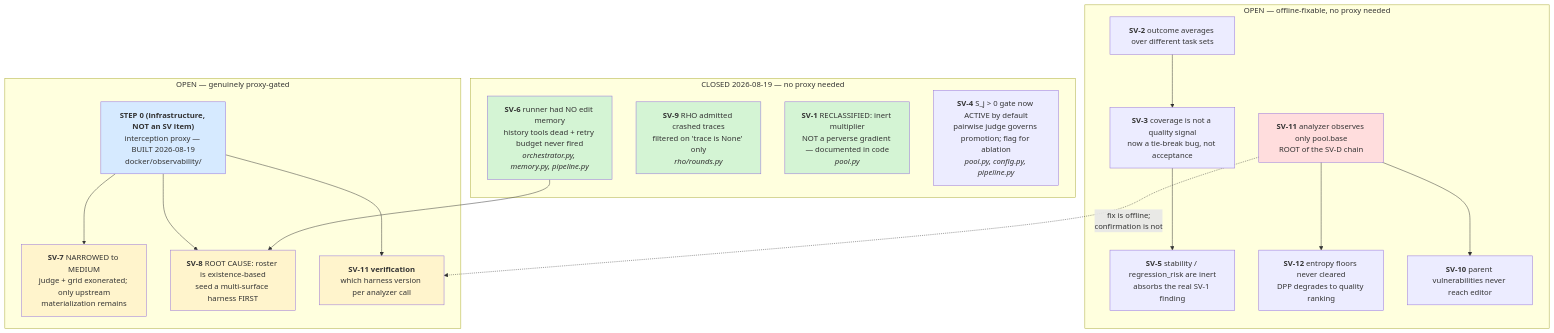
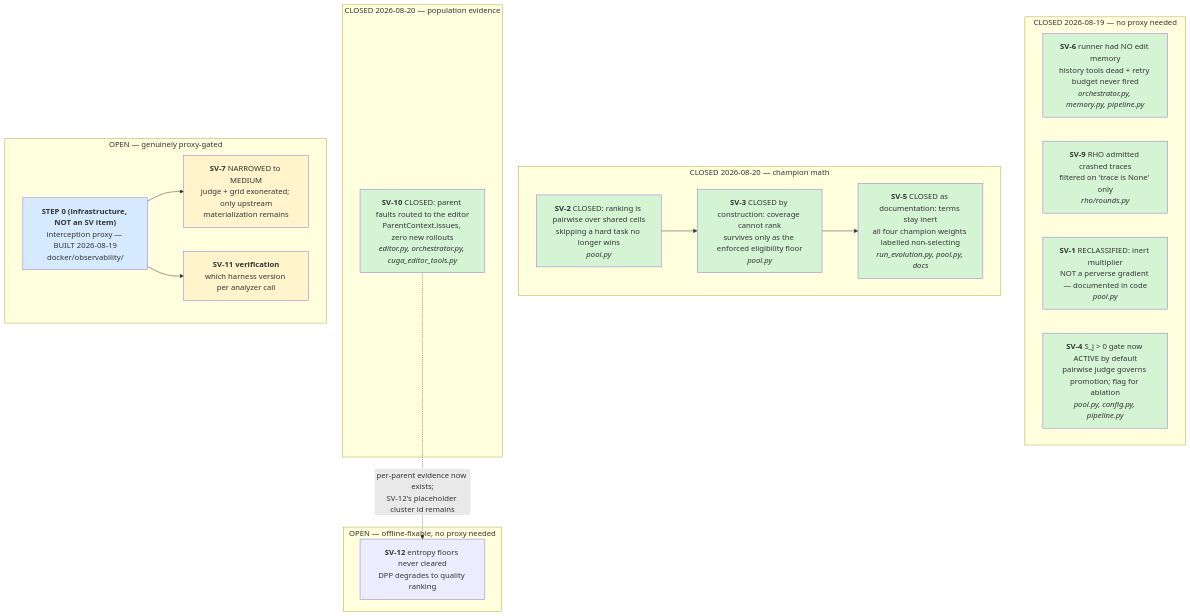
One commit to one-little-step/AgentEvolve changed the first of 2 diagrams in docs/SEVERE-OPEN-ISSUES.md. Above: the diagram before and after it, drawn with Mermaid. The commit also changed other lines of this file and 65 other files, not shown here.

````diff
--- a/docs/SEVERE-OPEN-ISSUES.md
+++ b/docs/SEVERE-OPEN-ISSUES.md
@@ -73,43 +105,46 @@
 ```mermaid
 flowchart TB
     subgraph DONE["CLOSED 2026-08-19 — no proxy needed"]
         F["<b>SV-6</b> runner had NO edit memory<br/>history tools dead + retry budget never fired<br/><i>orchestrator.py, memory.py, pipeline.py</i>"]
         N["<b>SV-9</b> RHO admitted crashed traces<br/>filtered on 'trace is None' only<br/><i>rho/rounds.py</i>"]
         A["<b>SV-1</b> RECLASSIFIED: inert multiplier<br/>NOT a perverse gradient — documented in code<br/><i>pool.py</i>"]
         D["<b>SV-4</b> S_j &gt; 0 gate now ACTIVE by default<br/>pairwise judge governs promotion; flag for ablation<br/><i>pool.py, config.py, pipeline.py</i>"]
     end
 
+    subgraph DONE2["CLOSED 2026-08-20 — champion math"]
+        B["<b>SV-2</b> CLOSED: ranking is pairwise over shared cells<br/>skipping a hard task no longer wins<br/><i>pool.py</i>"]
+        C["<b>SV-3</b> CLOSED by construction: coverage cannot rank<br/>survives only as the enforced eligibility floor<br/><i>pool.py</i>"]
+        E["<b>SV-5</b> CLOSED as documentation: terms stay inert<br/>all four champion weights labelled non-selecting<br/><i>run_evolution.py, pool.py, docs</i>"]
+    end
+
+    subgraph DONE3["CLOSED 2026-08-20 — population evidence"]
+        R3["<b>SV-10</b> CLOSED: parent faults routed to the editor<br/>ParentContext.issues, zero new rollouts<br/><i>editor.py, orchestrator.py, cuga_editor_tools.py</i>"]
+    end
+
     subgraph OFFLINE["OPEN — offline-fixable, no proxy needed"]
-        B["<b>SV-2</b> outcome averages over different task sets"]
-        C["<b>SV-3</b> coverage is not a quality signal<br/>now a tie-break bug, not acceptance"]
-        E["<b>SV-5</b> stability / regression_risk are inert<br/>absorbs the real SV-1 finding"]
-        R["<b>SV-11</b> analyzer observes only pool.base<br/>ROOT of the SV-D chain"]
         R2["<b>SV-12</b> entropy floors never cleared<br/>DPP degrades to quality ranking"]
-        R3["<b>SV-10</b> parent vulnerabilities never reach editor"]
     end
 
     subgraph GATED["OPEN — genuinely proxy-gated"]
         P["<b>STEP 0 (infrastructure, NOT an SV item)</b><br/>interception proxy — BUILT 2026-08-19<br/>docker/observability/"]
         G["<b>SV-7</b> NARROWED to MEDIUM<br/>judge + grid exonerated; only upstream<br/>materialization remains"]
-        H["<b>SV-8</b> ROOT CAUSE: roster is existence-based<br/>seed a multi-surface harness FIRST"]
         V["<b>SV-11 verification</b><br/>which harness version per analyzer call"]
     end
 
     B --> C --> E
-    R --> R2
-    R --> R3
-    F --> H
+    R3 -.->|"per-parent evidence now exists;<br/>SV-12's placeholder cluster id remains"| R2
     P --> G
-    P --> H
     P --> V
-    R -.->|"fix is offline;<br/>confirmation is not"| V
 
     style F fill:#d4f4d4
     style N fill:#d4f4d4
     style A fill:#d4f4d4
-    style R fill:#ffdddd
+    style D fill:#d4f4d4
+    style B fill:#d4f4d4
+    style C fill:#d4f4d4
+    style E fill:#d4f4d4
+    style R3 fill:#d4f4d4
     style G fill:#fff4cc
-    style H fill:#fff4cc
     style V fill:#fff4cc
     style P fill:#d6eaff
 ```
````
